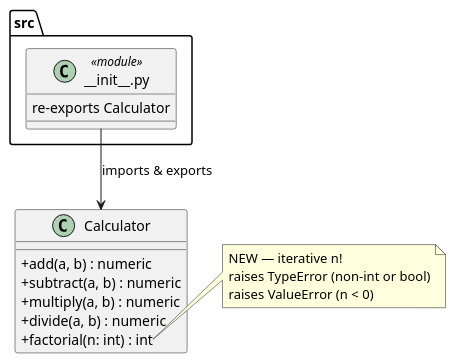
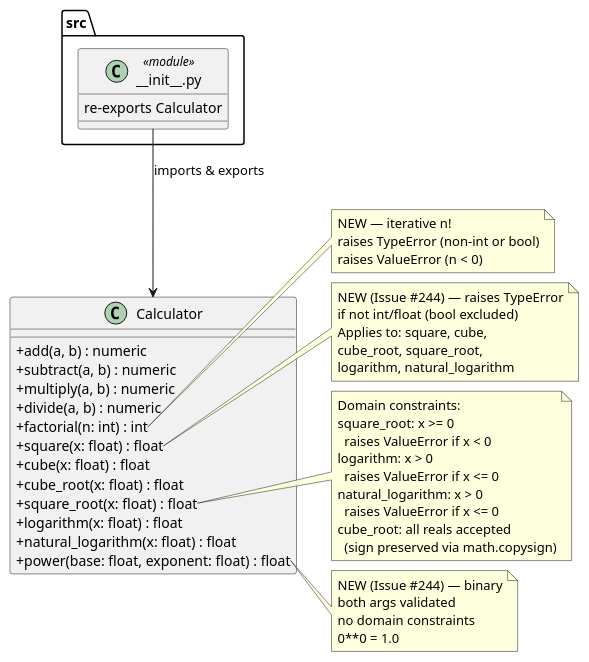
One commit to DanielRiha8906/Calculator_bachelor_autoevolution_team changed the diagram in artifacts/class_calculator.puml. Above: the diagram before and after it, drawn with PlantUML. The commit also changed 3 other files, not shown here.

Commit message:
docs: add UML diagrams for expert operations (issue #244)

```diff
--- a/artifacts/class_calculator.puml
+++ b/artifacts/class_calculator.puml
@@ -1,27 +1,61 @@
 @startuml class_calculator
 
 skinparam classAttributeIconSize 0
 
 class Calculator {
     +add(a, b) : numeric
     +subtract(a, b) : numeric
     +multiply(a, b) : numeric
     +divide(a, b) : numeric
     +factorial(n: int) : int
+    +square(x: float) : float
+    +cube(x: float) : float
+    +cube_root(x: float) : float
+    +square_root(x: float) : float
+    +logarithm(x: float) : float
+    +natural_logarithm(x: float) : float
+    +power(base: float, exponent: float) : float
 }
 
 note right of Calculator::factorial
   NEW — iterative n!
   raises TypeError (non-int or bool)
   raises ValueError (n < 0)
+end note
+
+note right of Calculator::square
+  NEW (Issue #244) — raises TypeError
+  if not int/float (bool excluded)
+  Applies to: square, cube,
+  cube_root, square_root,
+  logarithm, natural_logarithm
+end note
+
+note right of Calculator::square_root
+  Domain constraints:
+  square_root: x >= 0
+    raises ValueError if x < 0
+  logarithm: x > 0
+    raises ValueError if x <= 0
+  natural_logarithm: x > 0
+    raises ValueError if x <= 0
+  cube_root: all reals accepted
+    (sign preserved via math.copysign)
+end note
+
+note right of Calculator::power
+  NEW (Issue #244) — binary
+  both args validated
+  no domain constraints
+  0**0 = 1.0
 end note
 
 package "src" {
     class "__init__.py" as Init <<module>> {
         re-exports Calculator
     }
 }
 
 Init --> Calculator : imports & exports
 
 @enduml
```
